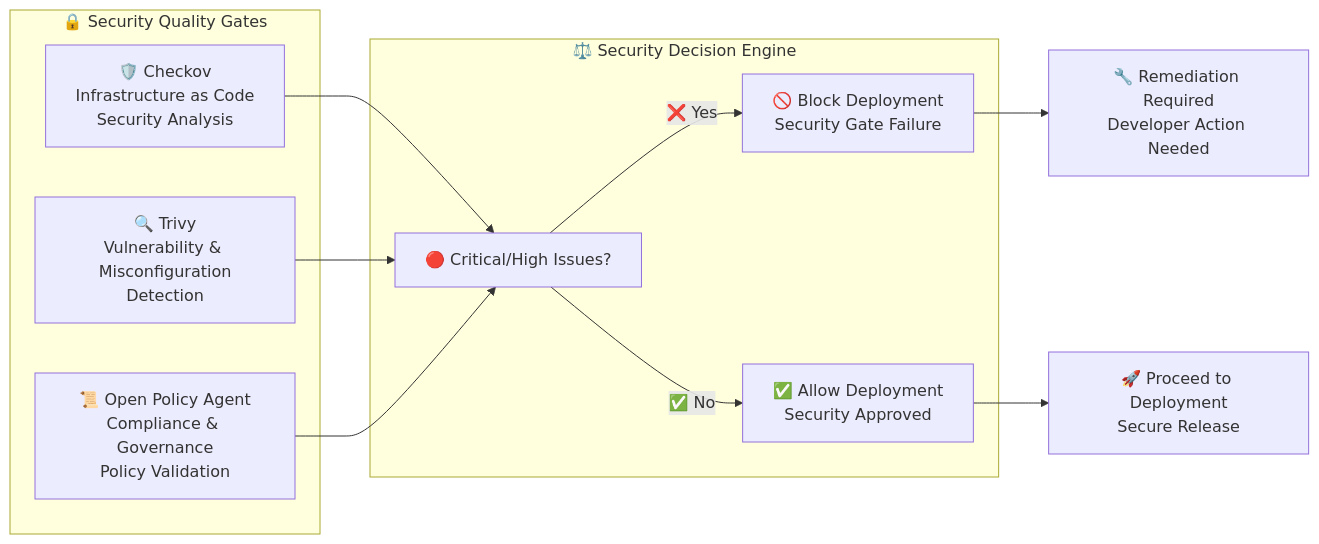
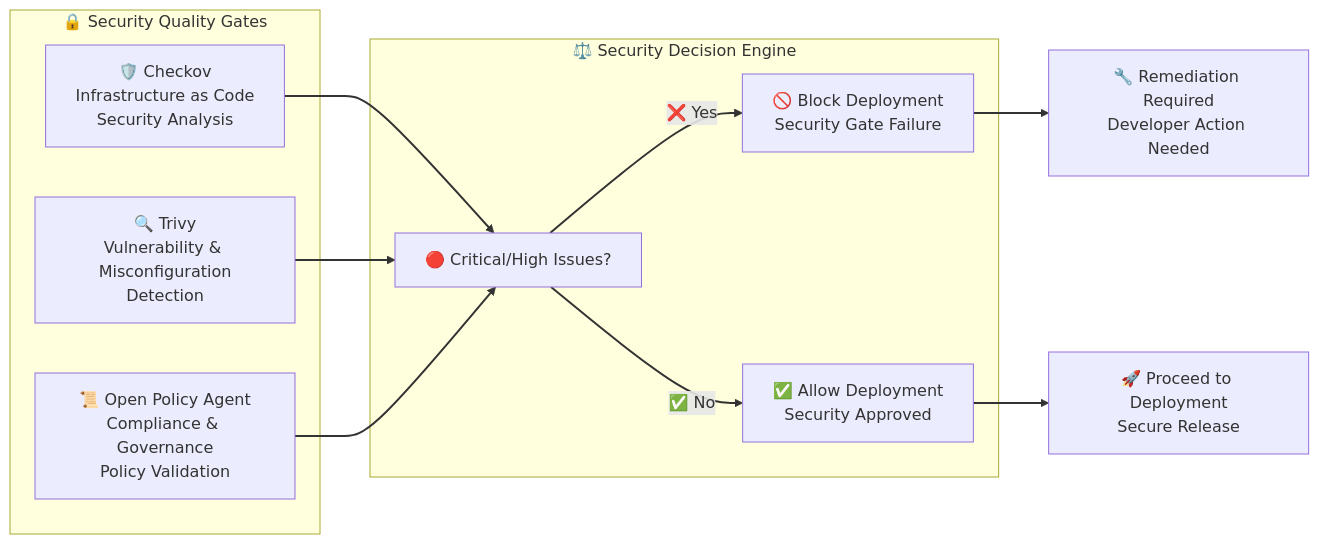
The fourth of 8 diagrams in docs/architecture.md (Celtikill/static-site), drawn with Mermaid before and after one commit. The commit also changed other lines of this file and 17 other files, not shown here.

````diff
--- a/docs/architecture.md
+++ b/docs/architecture.md
@@ -163,26 +202,36 @@
 ```mermaid
+%%{init: {'theme':'default', 'themeVariables': {'fontSize':'16px'}}}%%
 graph LR
+    accTitle: "Security Quality Gates Decision Flow"
+    accDescr: "Security scanning and decision workflow showing three security quality gates feeding into decision engine. Checkov performs infrastructure-as-code security analysis, Trivy detects vulnerabilities and misconfigurations, and Open Policy Agent validates compliance and governance policies. All findings feed to security decision engine which evaluates for critical or high severity issues. If critical/high issues found, deployment is blocked and remediation required from developer. If no critical issues, deployment is allowed to proceed as secure release. Implements fail-fast security pattern preventing vulnerable code from reaching production."
+
     subgraph SecurityGates["🔒 Security Quality Gates"]
         Checkov["🛡️ Checkov<br/>Infrastructure as Code<br/>Security Analysis"]
         Trivy["🔍 Trivy<br/>Vulnerability & Misconfiguration<br/>Detection"]
         OPA["📜 Open Policy Agent<br/>Compliance & Governance<br/>Policy Validation"]
     end
 
     subgraph Decision["⚖️ Security Decision Engine"]
         Critical["🔴 Critical/High Issues?"]
         Block["🚫 Block Deployment<br/>Security Gate Failure"]
         Allow["✅ Allow Deployment<br/>Security Approved"]
     end
 
     Checkov --> Critical
     Trivy --> Critical
     OPA --> Critical
 
     Critical -->|"❌ Yes"| Block
     Critical -->|"✅ No"| Allow
 
     Block --> Fix["🔧 Remediation Required<br/>Developer Action Needed"]
     Allow --> Deploy["🚀 Proceed to Deployment<br/>Secure Release"]
 
-
+    linkStyle 0 stroke:#333333,stroke-width:2px
+    linkStyle 1 stroke:#333333,stroke-width:2px
+    linkStyle 2 stroke:#333333,stroke-width:2px
+    linkStyle 3 stroke:#333333,stroke-width:2px
+    linkStyle 4 stroke:#333333,stroke-width:2px
+    linkStyle 5 stroke:#333333,stroke-width:2px
+    linkStyle 6 stroke:#333333,stroke-width:2px
 ```
````
